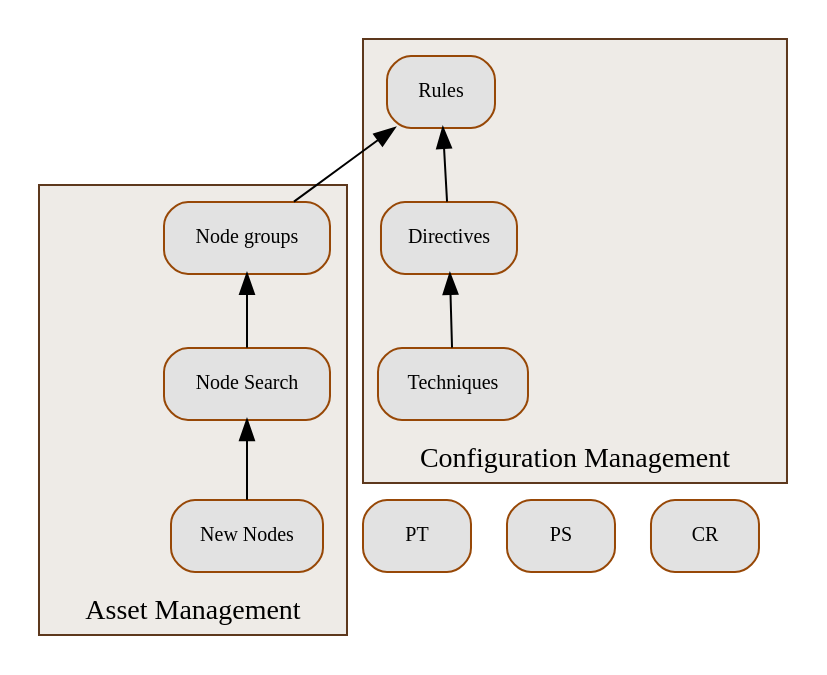
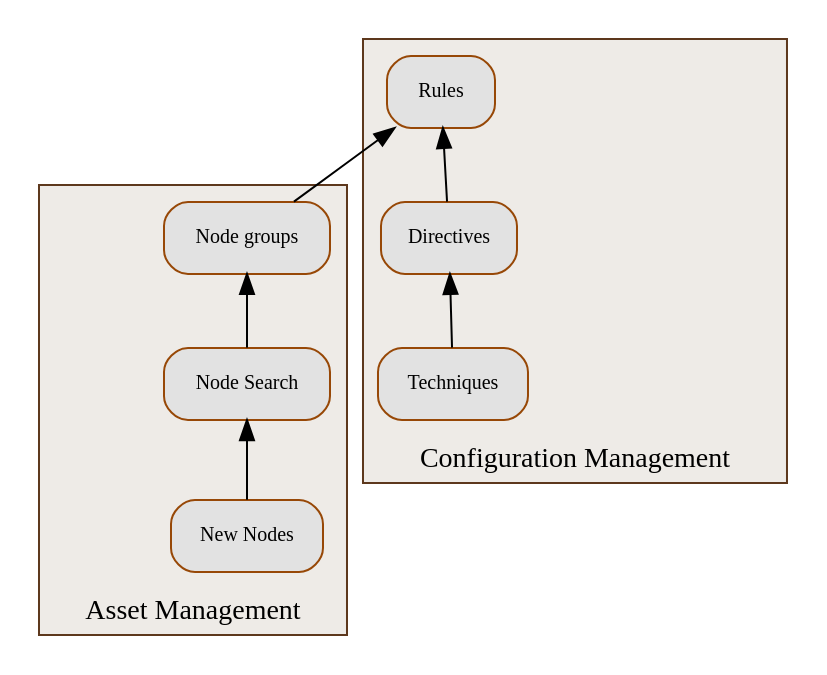
One commit to Normation/rudder-doc changed the diagram in graphviz/concepts.dot. Above: the diagram before and after it, drawn with Graphviz.

Commit message:
issue #2337 correct concept diagram

```diff
--- a/graphviz/concepts.dot
+++ b/graphviz/concepts.dot
@@ -1,44 +1,44 @@
 digraph concepts{
 
 rankdir=BT;
 node [
     shape=Mrecord, 
     style=filled, 
     color="#974807", 
     fillcolor="#e2e2e2",
     fontsize=10
 ];
-NN NS NG PT PS CR ;
+NN NS NG TE DI RU ;
 
 NN [label = "New Nodes" ];
 
 NS [label = "Node Search" ];
 
 NG [label = "Node groups"];
 
 TE [label = "Techniques"];
 
 DI [label = "Directives"];
 
 RU [label = "Rules"];
 
 subgraph cluster0 { 
     label="Asset Management"; 
     style=filled;
     color="#5d381d"; 
     fillcolor="#eeebe7";
     NN -> NS ->NG; 
 };
 
 NG -> RU ;
 
 subgraph cluster1 { 
     label="Configuration Management";
     shape="component";
     style="filled";
     color="#5d381d"; 
     fillcolor="#eeebe7";
     TE -> DI -> RU; 
 };
 
 }
```
